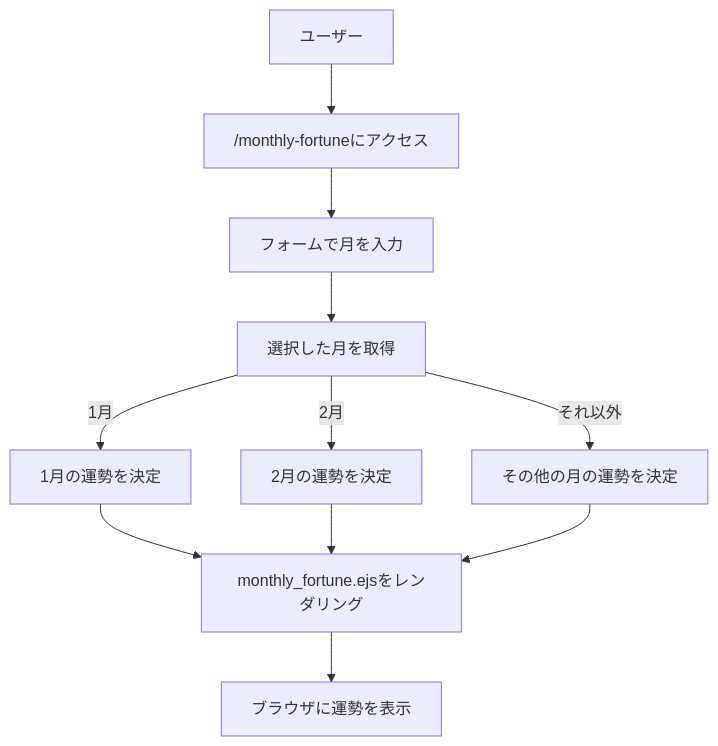
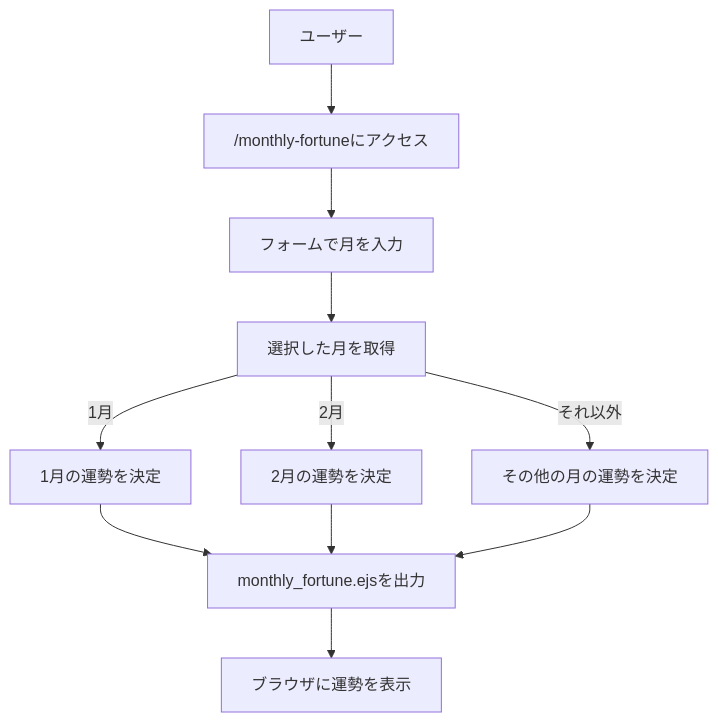
Before and after one commit to OzekiSouichirou/webpro_06: the fifth of 6 diagrams in README.md, drawn with Mermaid. The commit also changed other lines of this file and 1 other file, not shown here.

````diff
--- a/README.md
+++ b/README.md
@@ -147,13 +147,13 @@
 ```mermaid
 flowchart TD;
 ユーザー --> /monthly-fortuneにアクセス;
 /monthly-fortuneにアクセス --> フォームで月を入力;
 フォームで月を入力 --> 選択した月を取得;
 選択した月を取得 -->|1月| 1月の運勢を決定;
 選択した月を取得 -->|2月| 2月の運勢を決定;
 選択した月を取得 -->|それ以外| その他の月の運勢を決定;
-1月の運勢を決定 --> monthly_fortune.ejsをレンダリング;
-2月の運勢を決定 --> monthly_fortune.ejsをレンダリング;
-その他の月の運勢を決定 --> monthly_fortune.ejsをレンダリング;
-monthly_fortune.ejsをレンダリング --> ブラウザに運勢を表示;
+1月の運勢を決定 --> monthly_fortune.ejsを出力;
+2月の運勢を決定 --> monthly_fortune.ejsを出力;
+その他の月の運勢を決定 --> monthly_fortune.ejsを出力;
+monthly_fortune.ejsを出力 --> ブラウザに運勢を表示;
 ```
````
